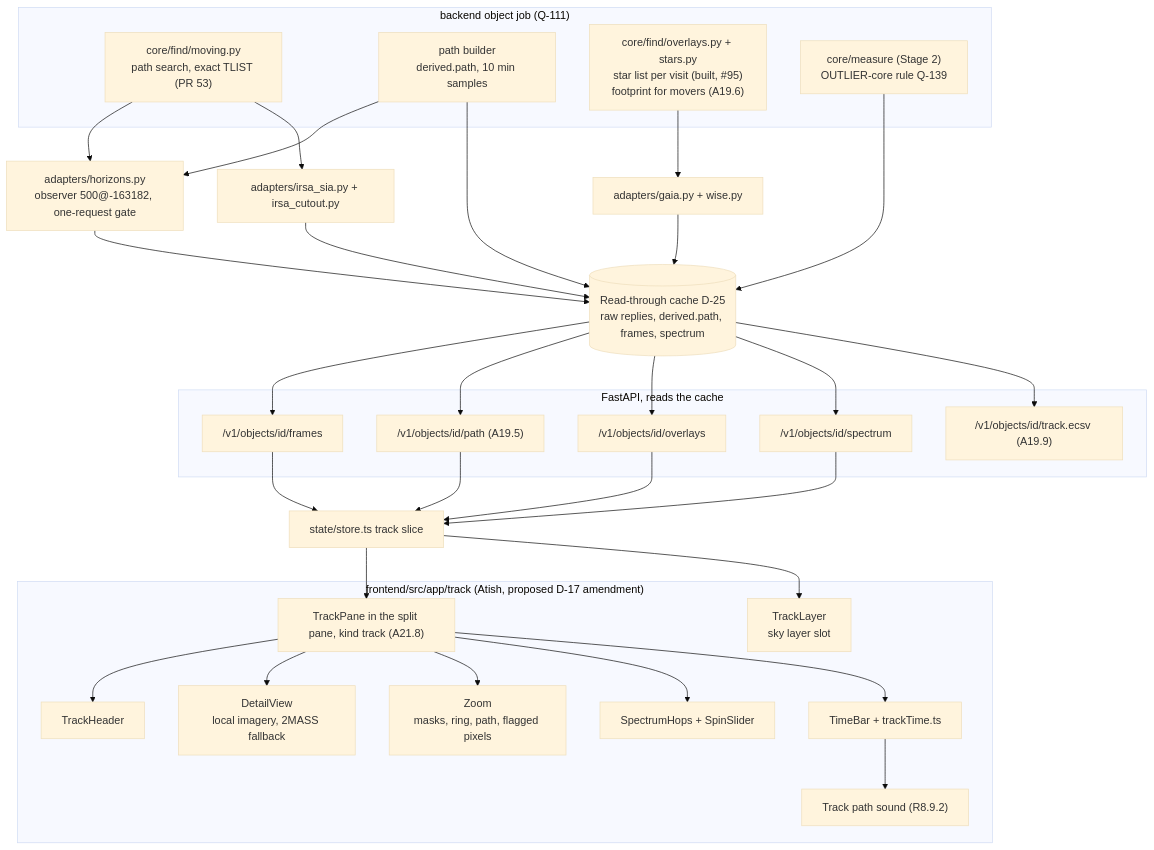
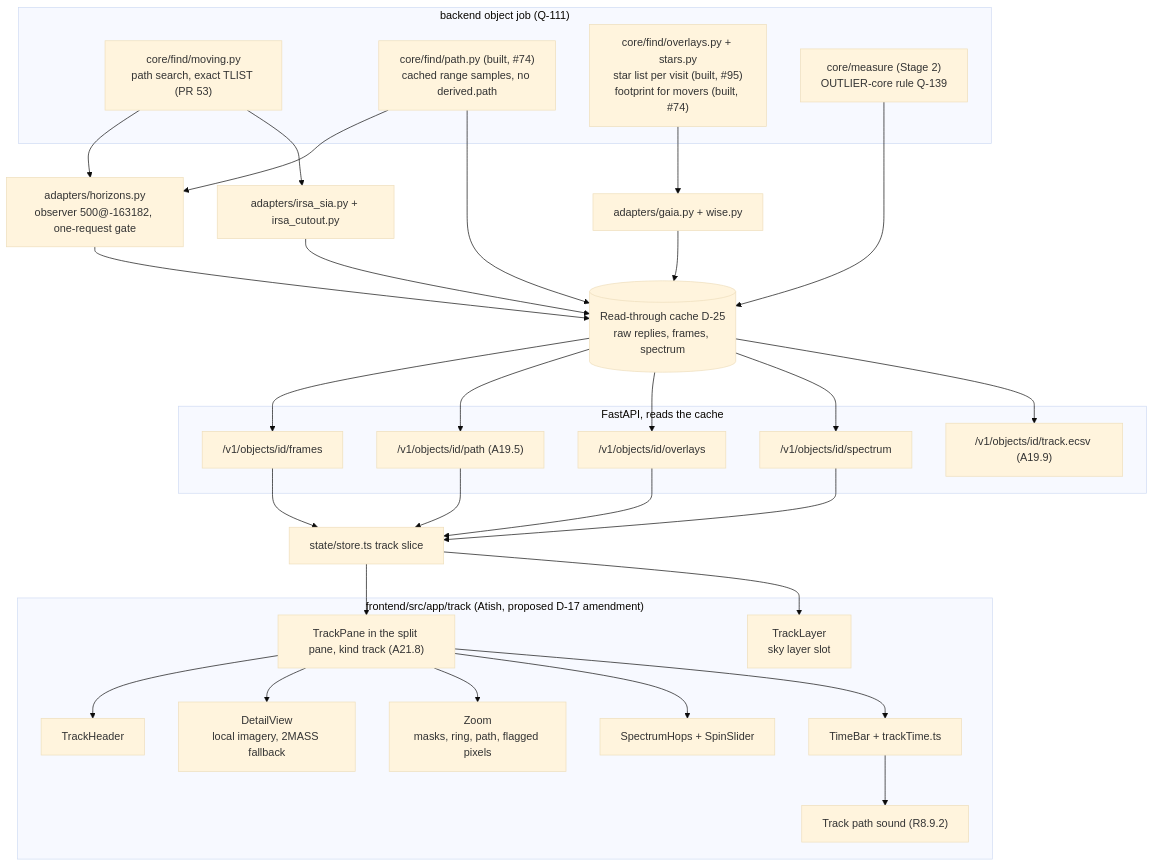
The first of 3 diagrams in docs/uml/23-track.md (0ffrian/SphereX), drawn with Mermaid (base theme) before and after one commit. The commit also changed other lines of this file and 29 other files, not shown here.

First line of the commit message:
Track backend: mover footprints, /path, track-path schema and codes (#74)

````diff
--- a/docs/uml/23-track.md
+++ b/docs/uml/23-track.md
@@ -7,57 +7,57 @@
 ```mermaid
 flowchart TB
   subgraph Job["backend object job (Q-111)"]
     PS["core/find/moving.py<br/>path search, exact TLIST (PR 53)"]
-    PATH["path builder<br/>derived.path, 10 min samples"]
-    OVL["core/find/overlays.py + stars.py<br/>star list per visit (built, #95)<br/>footprint for movers (A19.6)"]
+    PATH["core/find/path.py (built, #74)<br/>cached range samples, no derived.path"]
+    OVL["core/find/overlays.py + stars.py<br/>star list per visit (built, #95)<br/>footprint for movers (built, #74)"]
     MEAS["core/measure (Stage 2)<br/>OUTLIER-core rule Q-139"]
   end
   HOR["adapters/horizons.py<br/>observer 500@-163182, one-request gate"]
   SIA["adapters/irsa_sia.py + irsa_cutout.py"]
   CAT["adapters/gaia.py + wise.py"]
-  CACHE[("Read-through cache D-25<br/>raw replies, derived.path, frames, spectrum")]
+  CACHE[("Read-through cache D-25<br/>raw replies, frames, spectrum")]
   subgraph API["FastAPI, reads the cache"]
     FR["/v1/objects/id/frames"]
     PA["/v1/objects/id/path (A19.5)"]
     OV["/v1/objects/id/overlays"]
     SP["/v1/objects/id/spectrum"]
     EX["/v1/objects/id/track.ecsv (A19.9)"]
   end
   subgraph FE["frontend/src/app/track (Atish, proposed D-17 amendment)"]
     PANE["TrackPane in the split pane, kind track (A21.8)"]
     HEAD[TrackHeader]
     DET["DetailView<br/>local imagery, 2MASS fallback"]
     ZOOM["Zoom<br/>masks, ring, path, flagged pixels"]
     SPEC["SpectrumHops + SpinSlider"]
     TIME["TimeBar + trackTime.ts"]
     LAYER["TrackLayer<br/>sky layer slot"]
     SOUND["Track path sound (R8.9.2)"]
   end
   STORE["state/store.ts track slice"]
   PS --> HOR
   PS --> SIA
   PATH --> HOR
   OVL --> CAT
   MEAS --> CACHE
   HOR --> CACHE
   SIA --> CACHE
   CAT --> CACHE
   PATH --> CACHE
   CACHE --> FR
   CACHE --> PA
   CACHE --> OV
   CACHE --> SP
   CACHE --> EX
   FR --> STORE
   PA --> STORE
   OV --> STORE
   SP --> STORE
   STORE --> PANE
   PANE --> HEAD
   PANE --> DET
   PANE --> ZOOM
   PANE --> SPEC
   PANE --> TIME
   STORE --> LAYER
   TIME --> SOUND
 ```
````
